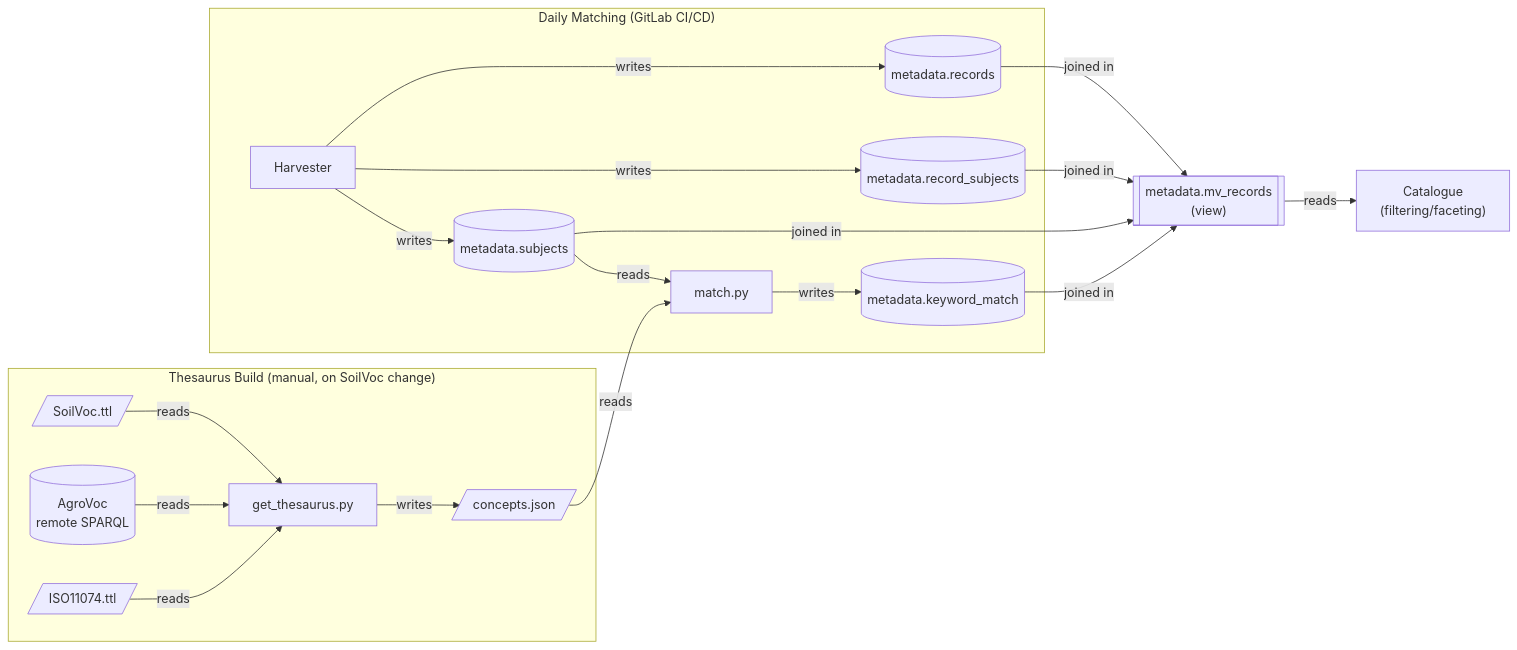
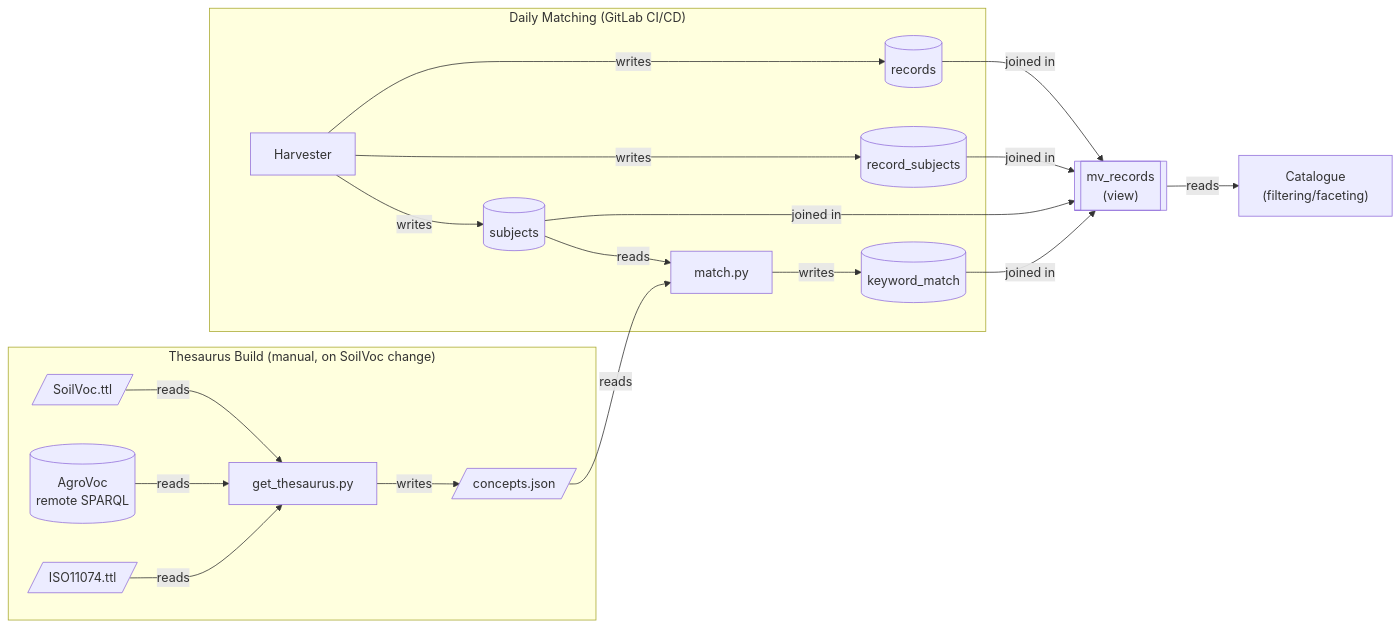
Before and after one commit to soilwise-he/SoilWise-documentation: the first of 11 diagrams in tech/docs/technical_components/metadata_augmentation.md, drawn with Mermaid. The commit also changed other lines of this file, not shown here.

Commit message:
update keyword-matcher

````diff
--- a/tech/docs/technical_components/metadata_augmentation.md
+++ b/tech/docs/technical_components/metadata_augmentation.md
@@ -82,24 +81,24 @@
 ```mermaid
 flowchart LR
     subgraph Build["Thesaurus Build (manual, on SoilVoc change)"]
         SV[/"SoilVoc.ttl"/]-- "reads" -->GT["get_thesaurus.py"]
         AG[("AgroVoc<br/>remote SPARQL")]-- "reads" -->GT
         ISO[/"ISO11074.ttl"/]-- "reads" -->GT
         GT-- "writes" -->CJ[/"concepts.json"/]
     end
 
     subgraph Daily["Daily Matching (GitLab CI/CD)"]
-        H["Harvester"]-- "writes" -->SUB[("metadata.subjects")]
-        H-- "writes" -->RS[("metadata.record_subjects")]
-        H-- "writes" -->REC[("metadata.records")]
+        H["Harvester"]-- "writes" -->SUB[("subjects")]
+        H-- "writes" -->RS[("record_subjects")]
+        H-- "writes" -->REC[("records")]
         SUB-- "reads" -->MM["match.py"]
         CJ-- "reads" -->MM
-        MM-- "writes" -->KM[("metadata.keyword_match")]
+        MM-- "writes" -->KM[("keyword_match")]
     end
 
-    REC-- "joined in" -->MV[["metadata.mv_records<br/>(view)"]]
+    REC-- "joined in" -->MV[["mv_records<br/>(view)"]]
     RS-- "joined in" -->MV
     SUB-- "joined in" -->MV
     KM-- "joined in" -->MV
     MV-- "reads" -->CA["Catalogue<br/>(filtering/faceting)"]
 ```
````
